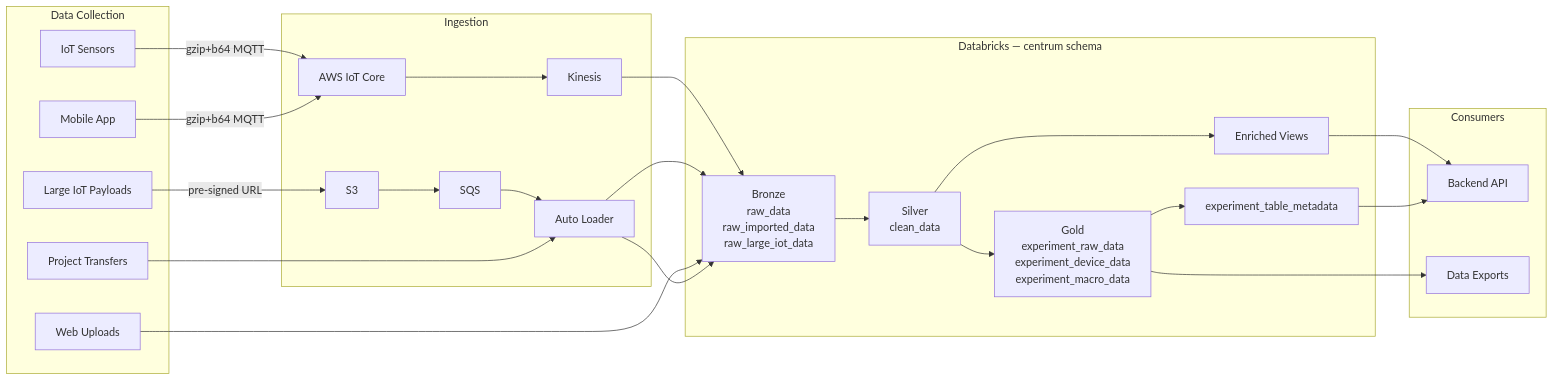
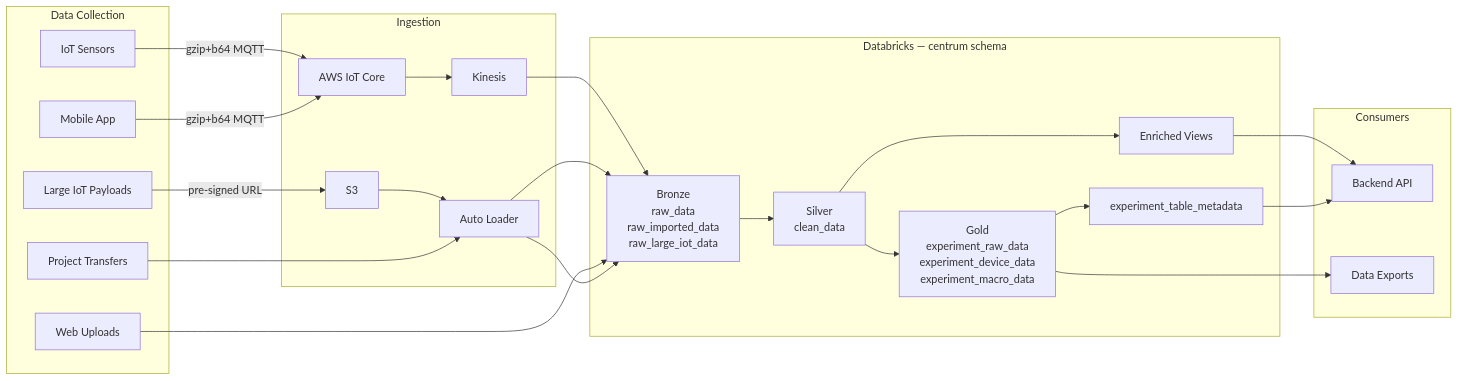
Before and after one commit to Jan-IngenHousz-Institute/open-jii: the diagram in apps/docs/docs/006-for-developers/001-developers-guide/system-architecture-data-pipeline.md, drawn with Mermaid. The commit also changed other lines of this file and 1 other file, not shown here.

Commit message:
fix(data,docs): deterministic large-IoT id, seconds-consistent ingest latency, drop SQS from architecture doc

````diff
--- a/apps/docs/docs/006-for-developers/001-developers-guide/system-architecture-data-pipeline.md
+++ b/apps/docs/docs/006-for-developers/001-developers-guide/system-architecture-data-pipeline.md
@@ -68,45 +68,44 @@
 ```mermaid
 graph LR
 subgraph "Data Collection"
 S[IoT Sensors]
 M[Mobile App]
 W[Web Uploads]
 T[Project Transfers]
 L[Large IoT Payloads]
 end
 
 subgraph "Ingestion"
 MQTT[AWS IoT Core]
 K[Kinesis]
 S3L[S3]
-SQS[SQS]
 AL[Auto Loader]
 end
 
 subgraph "Databricks — centrum schema"
 B["Bronze<br/>raw_data<br/>raw_imported_data<br/>raw_large_iot_data"]
 SV["Silver<br/>clean_data"]
 G["Gold<br/>experiment_raw_data<br/>experiment_device_data<br/>experiment_macro_data"]
 EV["Enriched Views"]
 META["experiment_table_metadata"]
 end
 
 subgraph "Consumers"
 API[Backend API]
 EXP[Data Exports]
 end
 
 S -->|"gzip+b64 MQTT"| MQTT
 M -->|"gzip+b64 MQTT"| MQTT
 MQTT --> K --> B
 L -->|"pre-signed URL"| S3L
-S3L --> SQS --> AL --> B
+S3L --> AL --> B
 W --> B
 T --> AL --> B
 B --> SV --> G
 SV --> EV
 G --> META
 EV --> API
 META --> API
 G --> EXP
 ```
````
